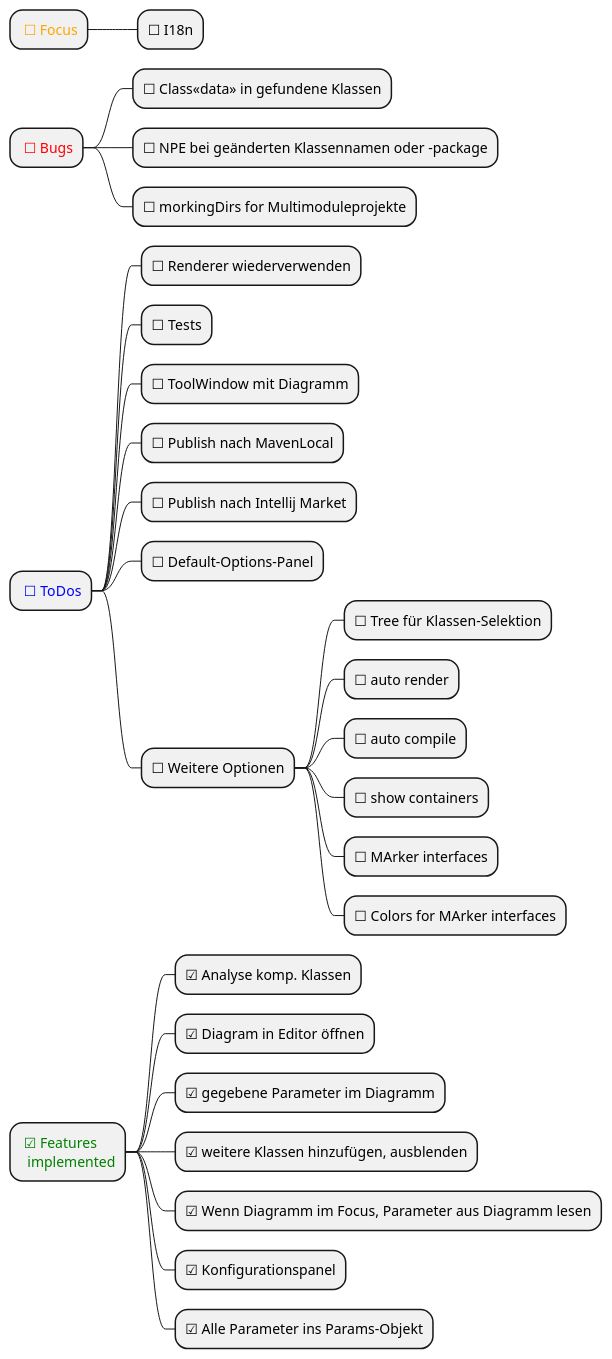
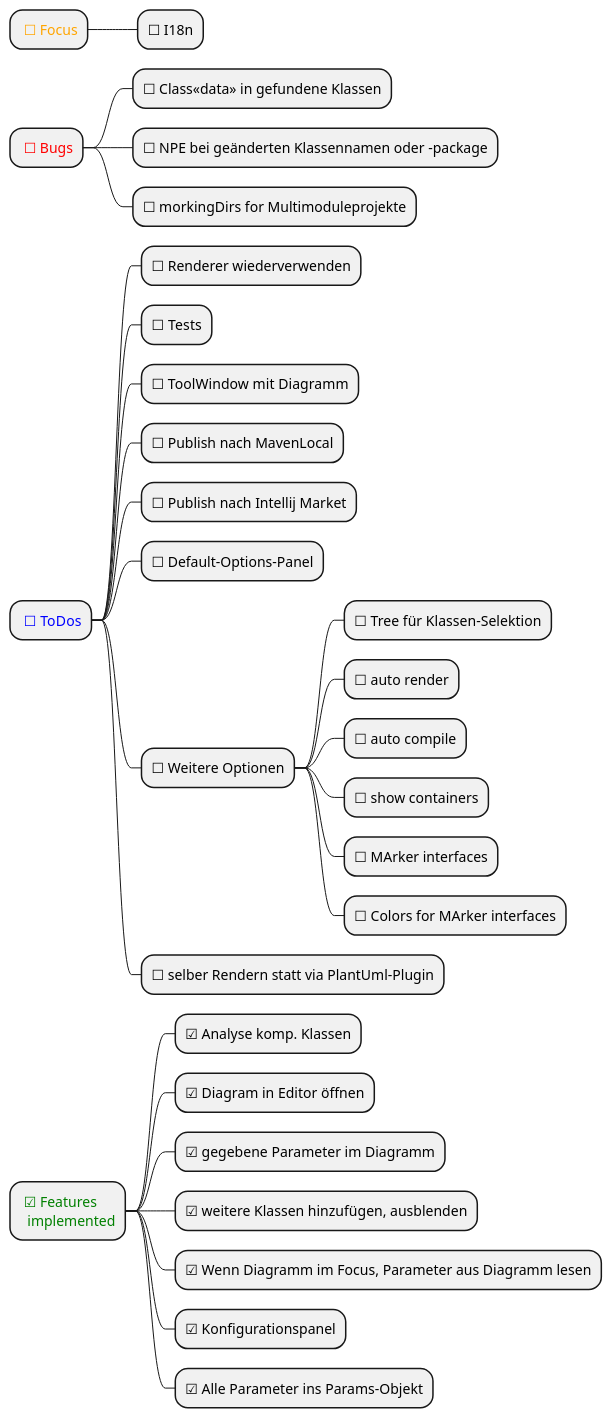
One commit to MrDolch/plantarch-intellij-plugin changed the diagram in docs/DevGuideRail.puml. Above: the diagram before and after it, drawn with PlantUML.

```diff
--- a/docs/DevGuideRail.puml
+++ b/docs/DevGuideRail.puml
@@ -1,37 +1,38 @@
 @startmindmap
 skinparam monochrome false
 
 * <color:orange> ☐ Focus
 ** ☐ I18n
 
 * <color:red> ☐ Bugs
 ** ☐ Class<<data>> in gefundene Klassen
 ** ☐ NPE bei geänderten Klassennamen oder -package
 ** ☐ morkingDirs for Multimoduleprojekte
 
 * <color:blue> ☐ ToDos
 ** ☐ Renderer wiederverwenden
 ** ☐ Tests
 ** ☐ ToolWindow mit Diagramm
 ** ☐ Publish nach MavenLocal
 ** ☐ Publish nach Intellij Market
 ** ☐ Default-Options-Panel
 ** ☐ Weitere Optionen
 *** ☐ Tree für Klassen-Selektion
 *** ☐ auto render
 *** ☐ auto compile
 *** ☐ show containers
 *** ☐ MArker interfaces
 *** ☐ Colors for MArker interfaces
+** ☐ selber Rendern statt via PlantUml-Plugin
 
 
 * <color:green> ☑ Features\n <color:green> implemented
 ** ☑ Analyse komp. Klassen
 ** ☑ Diagram in Editor öffnen
 ** ☑ gegebene Parameter im Diagramm
 ** ☑ weitere Klassen hinzufügen, ausblenden
 ** ☑ Wenn Diagramm im Focus, Parameter aus Diagramm lesen
 ** ☑ Konfigurationspanel
 ** ☑ Alle Parameter ins Params-Objekt
 
 @endmindmap
```
